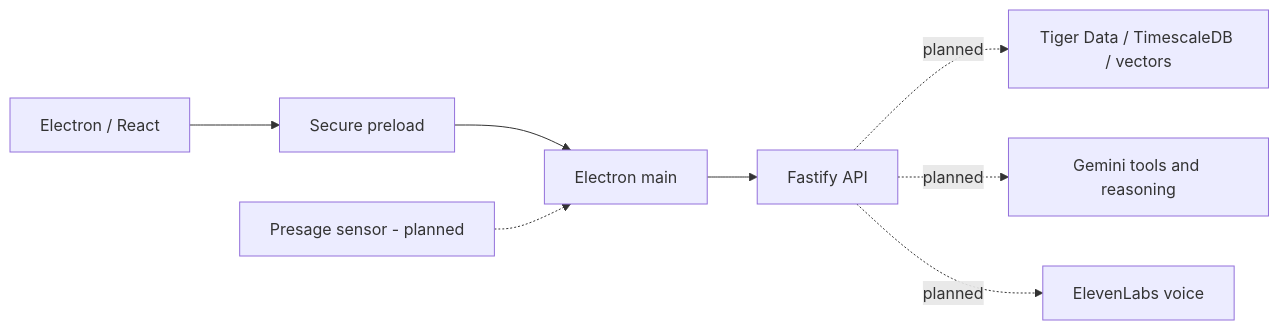
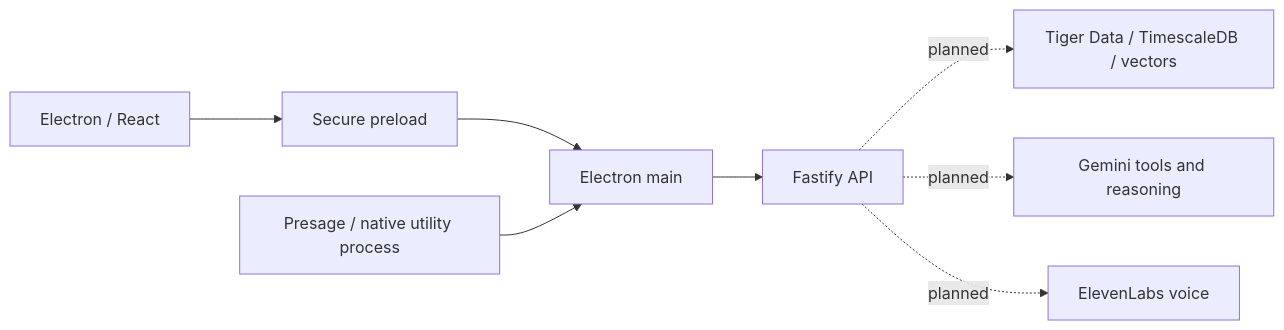
One commit to Jeffjone/TrueIris changed the diagram in README.md. Above: the diagram before and after it, drawn with Mermaid. The commit also changed other lines of this file and 33 other files, not shown here.

Commit message:
feat(sensor): integrate Presage realtime measurements

````diff
--- a/README.md
+++ b/README.md
@@ -9,10 +9,10 @@
 ```mermaid
 flowchart LR
   UI[Electron / React] --> PRELOAD[Secure preload]
   PRELOAD --> MAIN[Electron main]
   MAIN --> API[Fastify API]
   API -. planned .-> DB[Tiger Data / TimescaleDB / vectors]
   API -. planned .-> AI[Gemini tools and reasoning]
   API -. planned .-> VOICE[ElevenLabs voice]
-  SENSOR[Presage sensor - planned] -.-> MAIN
+  SENSOR[Presage / native utility process] --> MAIN
 ```
````
